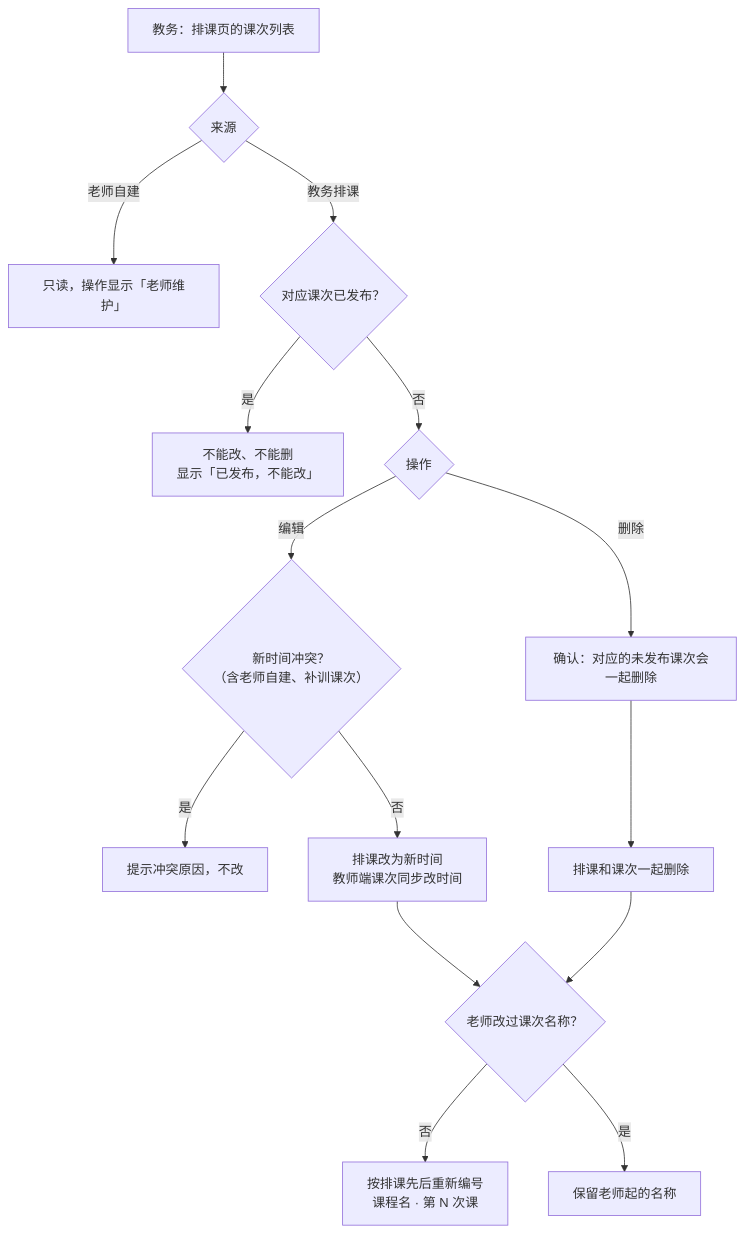
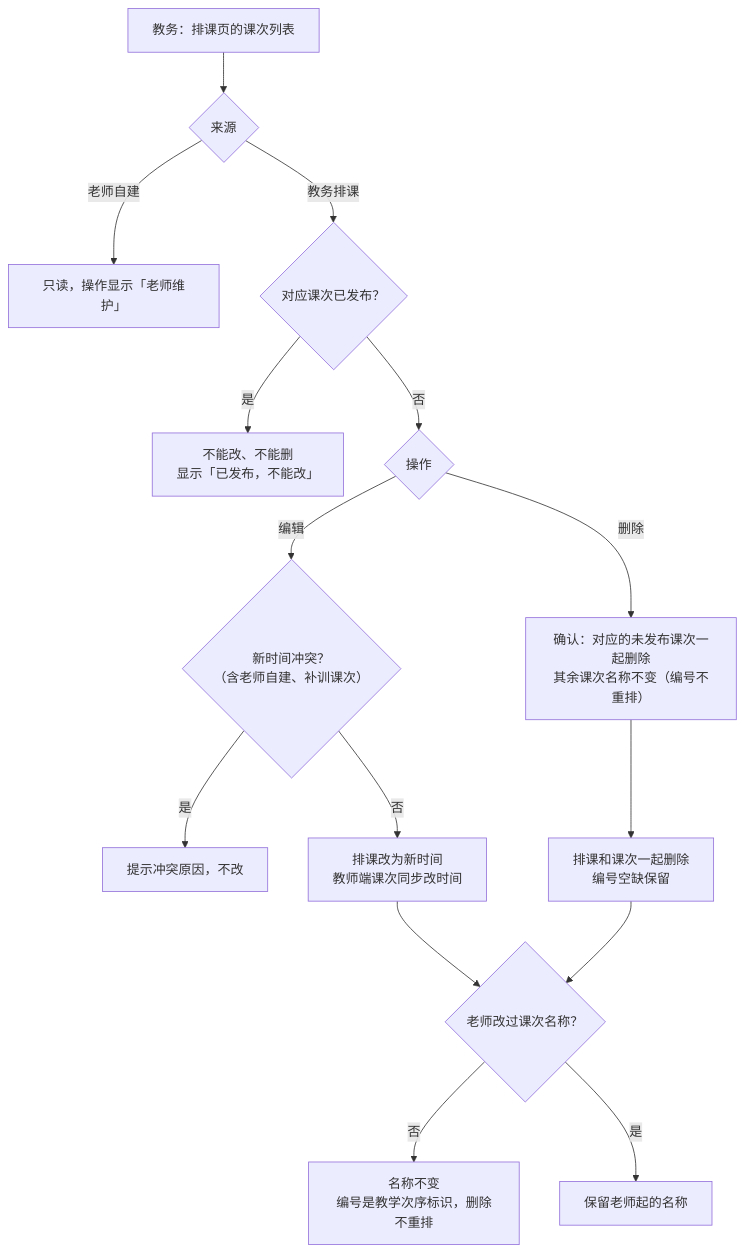
One commit to qlf123/industry-analyzer-demo changed the third of 6 diagrams in PRD-第一批-课程与排课.md. Above: the diagram before and after it, drawn with Mermaid. The commit also changed other lines of this file and 23 other files, not shown here.

````diff
--- a/PRD-第一批-课程与排课.md
+++ b/PRD-第一批-课程与排课.md
@@ -96,17 +107,17 @@
 ```mermaid
 flowchart TD
     S["教务：排课页的课次列表"] --> SRC{"来源"}
     SRC -- "老师自建" --> SRC1["只读，操作显示「老师维护」"]
     SRC -- "教务排课" --> B{"对应课次已发布？"}
     B -- "是" --> B1["不能改、不能删<br/>显示「已发布，不能改」"]
     B -- "否" --> C{"操作"}
     C -- "编辑" --> D{"新时间冲突？<br/>（含老师自建、补训课次）"}
     D -- "是" --> D1["提示冲突原因，不改"]
     D -- "否" --> E["排课改为新时间<br/>教师端课次同步改时间"]
-    C -- "删除" --> F["确认：对应的未发布课次会一起删除"]
-    F --> G["排课和课次一起删除"]
+    C -- "删除" --> F["确认：对应的未发布课次一起删除<br/>其余课次名称不变（编号不重排）"]
+    F --> G["排课和课次一起删除<br/>编号空缺保留"]
     E --> H{"老师改过课次名称？"}
     G --> H
-    H -- "否" --> I["按排课先后重新编号<br/>课程名 · 第 N 次课"]
+    H -- "否" --> I["名称不变<br/>编号是教学次序标识，删除不重排"]
     H -- "是" --> J["保留老师起的名称"]
 ```
````
